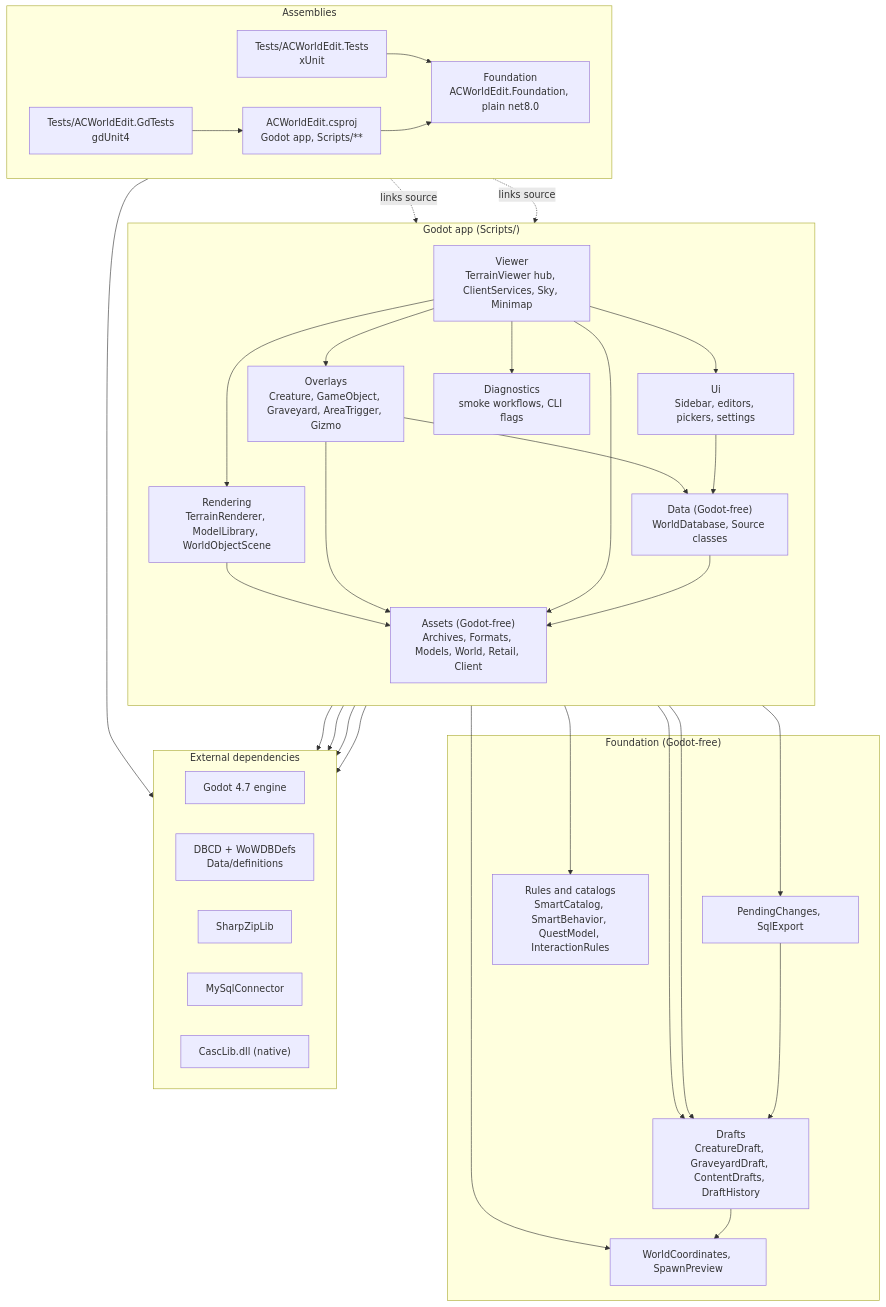
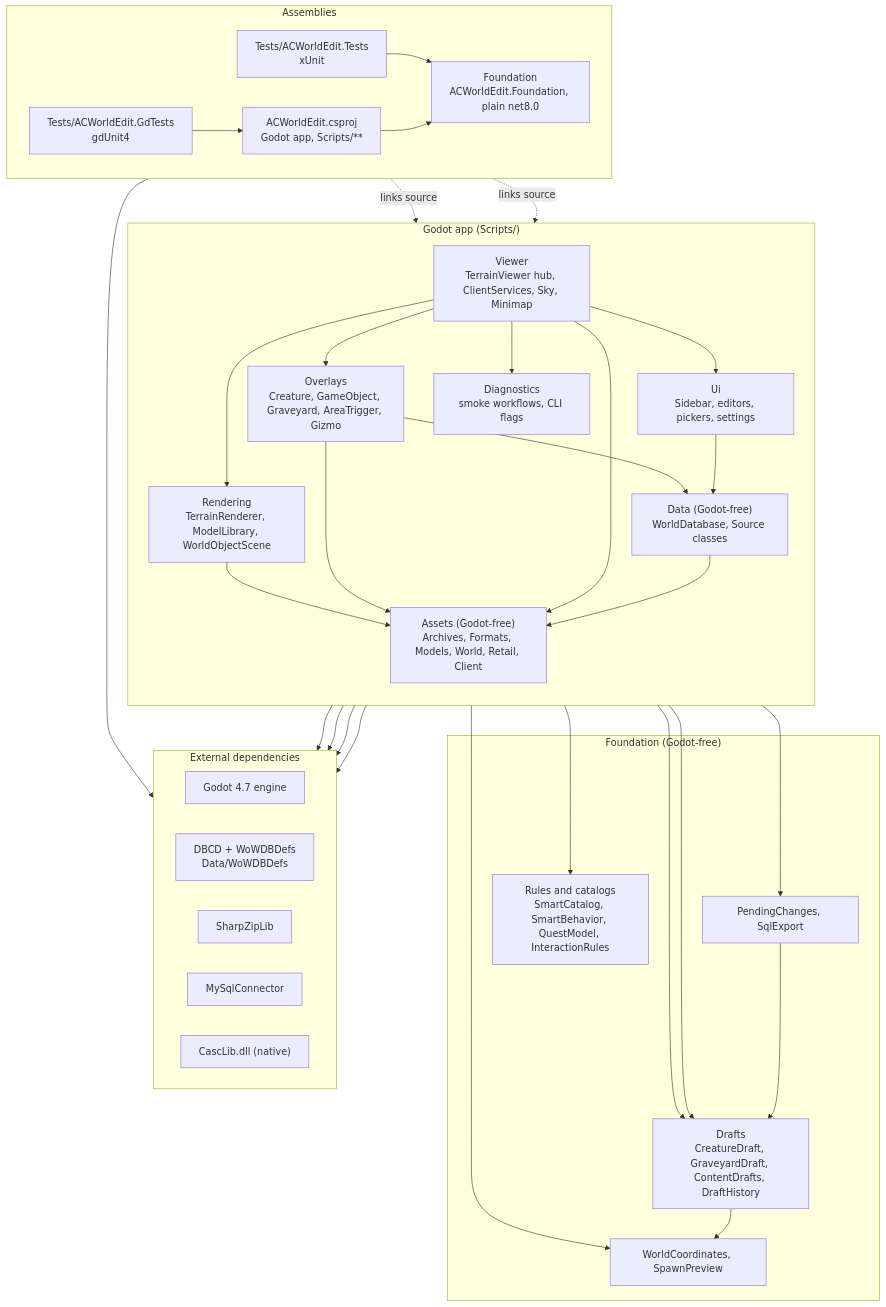
One commit to glitterfartz/ac-world-edit changed the second of 2 diagrams in docs/ARCHITECTURE.md. Above: the diagram before and after it, drawn with Mermaid. The commit also changed other lines of this file and 23 other files, not shown here.

````diff
--- a/docs/ARCHITECTURE.md
+++ b/docs/ARCHITECTURE.md
@@ -39,65 +39,65 @@
 ```mermaid
 flowchart TB
     subgraph Assemblies
         direction LR
         app["ACWorldEdit.csproj<br/>Godot app, Scripts/**"]
         fdn["Foundation<br/>ACWorldEdit.Foundation, plain net8.0"]
         tests["Tests/ACWorldEdit.Tests<br/>xUnit"]
         gd["Tests/ACWorldEdit.GdTests<br/>gdUnit4"]
     end
 
     subgraph Godot_app["Godot app (Scripts/)"]
         direction TB
         viewer["Viewer<br/>TerrainViewer hub, ClientServices, Sky, Minimap"]
         render["Rendering<br/>TerrainRenderer, ModelLibrary, WorldObjectScene"]
         overlays["Overlays<br/>Creature, GameObject, Graveyard, AreaTrigger, Gizmo"]
         ui["Ui<br/>Sidebar, editors, pickers, settings"]
         diag["Diagnostics<br/>smoke workflows, CLI flags"]
         data["Data (Godot-free)<br/>WorldDatabase, Source classes"]
         assets["Assets (Godot-free)<br/>Archives, Formats, Models, World, Retail, Client"]
     end
 
     subgraph Shared_logic["Foundation (Godot-free)"]
         drafts["Drafts<br/>CreatureDraft, GraveyardDraft, ContentDrafts, DraftHistory"]
         export["PendingChanges, SqlExport"]
         rules["Rules and catalogs<br/>SmartCatalog, SmartBehavior, QuestModel, InteractionRules"]
         coords["WorldCoordinates, SpawnPreview"]
     end
 
     subgraph External["External dependencies"]
         direction LR
         godot["Godot 4.7 engine"]
-        dbcd["DBCD + WoWDBDefs<br/>Data/definitions"]
+        dbcd["DBCD + WoWDBDefs<br/>Data/WoWDBDefs"]
         sharpzip["SharpZipLib"]
         mysql["MySqlConnector"]
         casc["CascLib.dll (native)"]
     end
 
     viewer --> render
     viewer --> overlays
     viewer --> ui
     viewer --> diag
     overlays --> data
     overlays --> drafts
     ui --> drafts
     ui --> data
     viewer --> export
     render --> assets
     overlays --> assets
     viewer --> assets
     data --> assets
     data --> rules
     data --> coords
     drafts --> coords
     export --> drafts
     app --> godot
     assets --> dbcd
     assets --> sharpzip
     assets --> casc
     data --> mysql
     tests -. links source .-> assets
     tests -. links source .-> data
     tests --> fdn
     gd --> app
     app --> fdn
 ```
````
